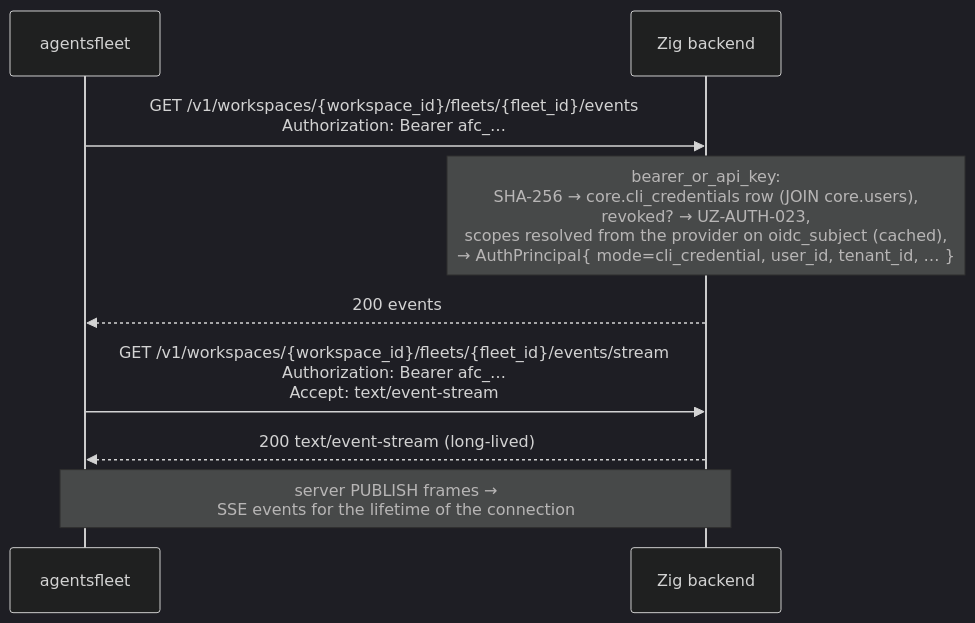
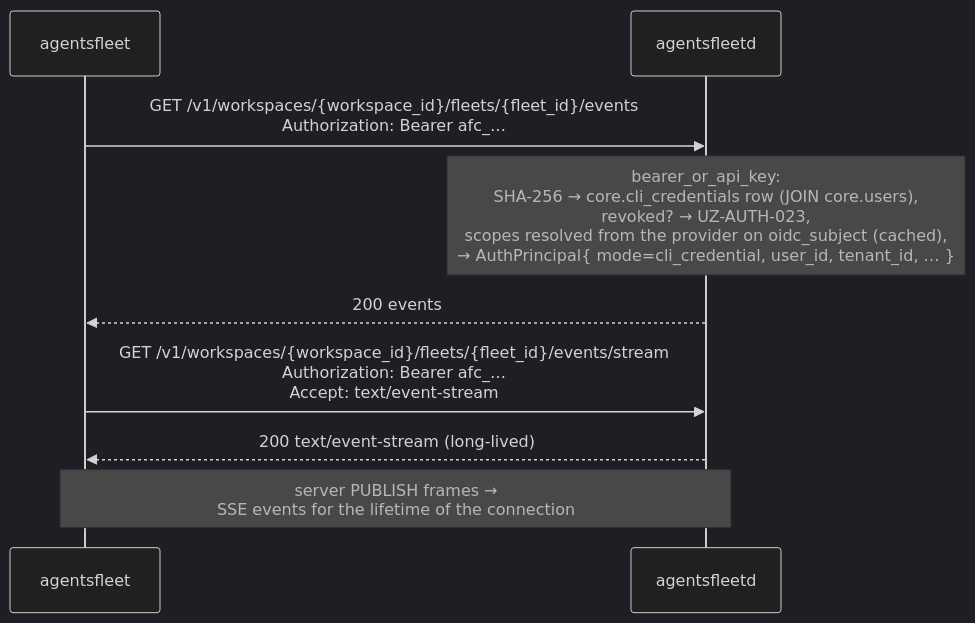
The second of 2 diagrams in docs/AUTH_DEVICE_LOGIN.md (agentsfleet/agentsfleet), drawn with Mermaid (dark theme) before and after one commit. The commit also changed other lines of this file and 21 other files, not shown here.

````diff
--- a/docs/AUTH_DEVICE_LOGIN.md
+++ b/docs/AUTH_DEVICE_LOGIN.md
@@ -270,13 +270,13 @@
 ```mermaid
 sequenceDiagram
     participant CLI as agentsfleet
-    participant API as Zig backend
+    participant API as agentsfleetd
 
     CLI->>API: GET /v1/workspaces/{workspace_id}/fleets/{fleet_id}/events<br/>Authorization: Bearer afc_…
     Note over API: bearer_or_api_key:<br/>SHA-256 → core.cli_credentials row (JOIN core.users),<br/>revoked? → UZ-AUTH-023,<br/>scopes resolved from the provider on oidc_subject (cached),<br/>→ AuthPrincipal{ mode=cli_credential, user_id, tenant_id, … }
     API-->>CLI: 200 events
 
     CLI->>API: GET /v1/workspaces/{workspace_id}/fleets/{fleet_id}/events/stream<br/>Authorization: Bearer afc_…<br/>Accept: text/event-stream
     API-->>CLI: 200 text/event-stream (long-lived)
     Note over CLI,API: server PUBLISH frames →<br/>SSE events for the lifetime of the connection
 ```
````
